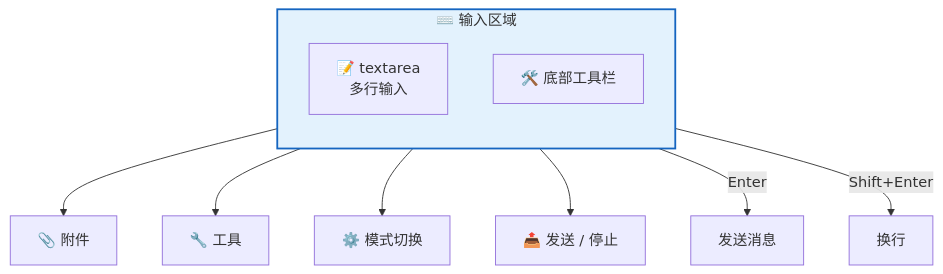
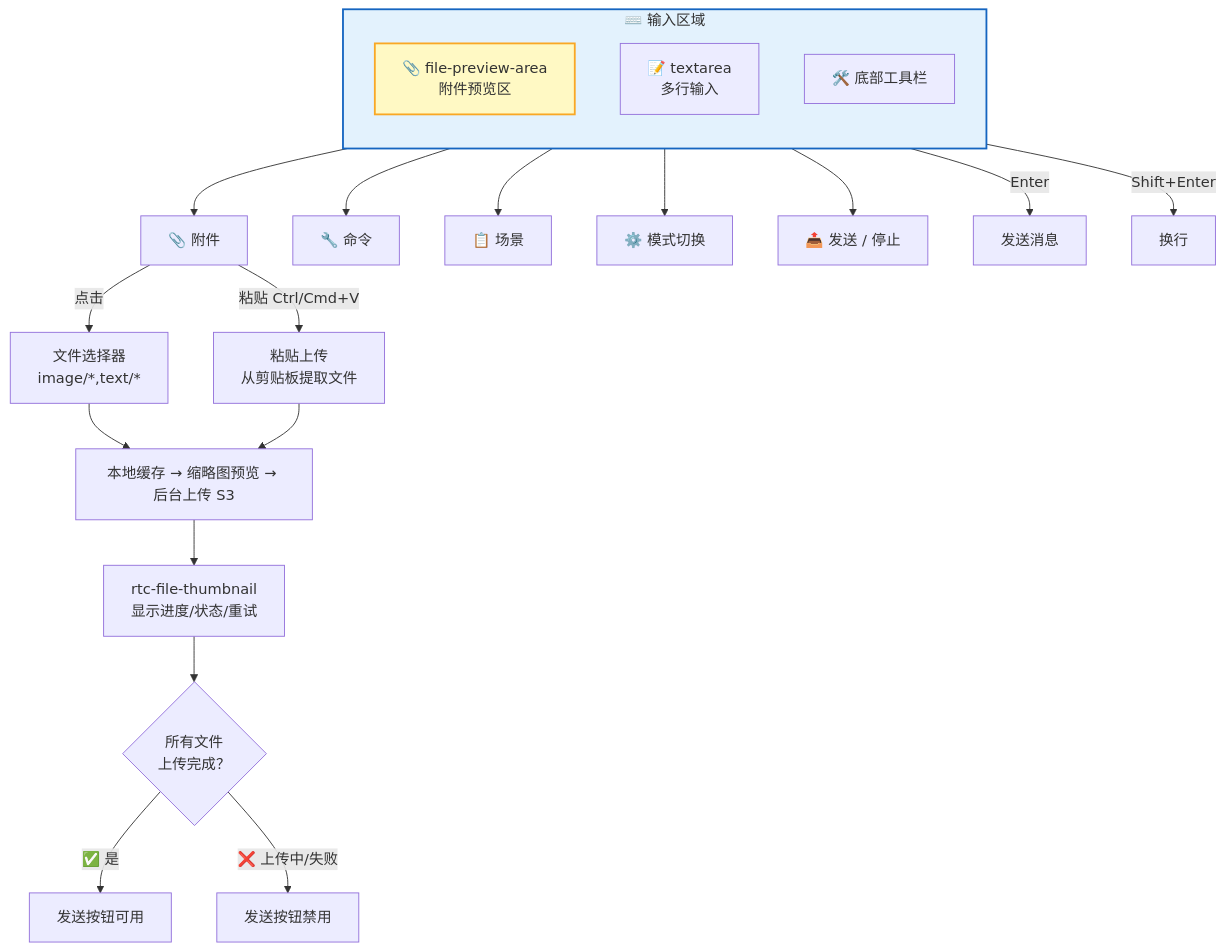
Before and after one commit to rtc-agent/docs: the eighth of 11 diagrams in src/content/docs/architecture/frontend.md, drawn with Mermaid. The commit also changed other lines of this file and 7 other files, not shown here.

````diff
--- a/src/content/docs/architecture/frontend.md
+++ b/src/content/docs/architecture/frontend.md
@@ -260,18 +311,32 @@
 ```mermaid
 flowchart TD
     subgraph INPUT["⌨️ 输入区域"]
         direction TB
+        FPA["📎 file-preview-area<br/>附件预览区"]
         TA["📝 textarea<br/>多行输入"]
         TB_BAR["🛠️ 底部工具栏"]
     end
 
     TB_BAR --> ATT["📎 附件"]
-    TB_BAR --> TOOL_BTN["🔧 工具"]
+    TB_BAR --> TOOL_BTN["🔧 命令"]
+    TB_BAR --> SCENARIO_BTN["📋 场景"]
     TB_BAR --> MODE_BTN["⚙️ 模式切换"]
     TB_BAR --> SEND["📤 发送 / 停止"]
+
+    ATT -->|"点击"| FILE_PICK["文件选择器<br/>image/*,text/*"]
+    ATT -->|"粘贴 Ctrl/Cmd+V"| PASTE["粘贴上传<br/>从剪贴板提取文件"]
+
+    FILE_PICK --> UPLOAD["本地缓存 → 缩略图预览 → 后台上传 S3"]
+    PASTE --> UPLOAD
+
+    UPLOAD --> THUMB_DISP["rtc-file-thumbnail<br/>显示进度/状态/重试"]
+    THUMB_DISP --> SEND_COND{"所有文件<br/>上传完成？"}
+    SEND_COND -->|"✅ 是"| ENABLE_SEND["发送按钮可用"]
+    SEND_COND -->|"❌ 上传中/失败"| DISABLE_SEND["发送按钮禁用"]
 
     TA -->|"Enter"| SEND_MSG["发送消息"]
     TA -->|"Shift+Enter"| NEWLINE["换行"]
 
     style INPUT fill:#e3f2fd,stroke:#1565c0,stroke-width:2px
+    style FPA fill:#fff9c4,stroke:#f9a825,stroke-width:2px
 ```
````
